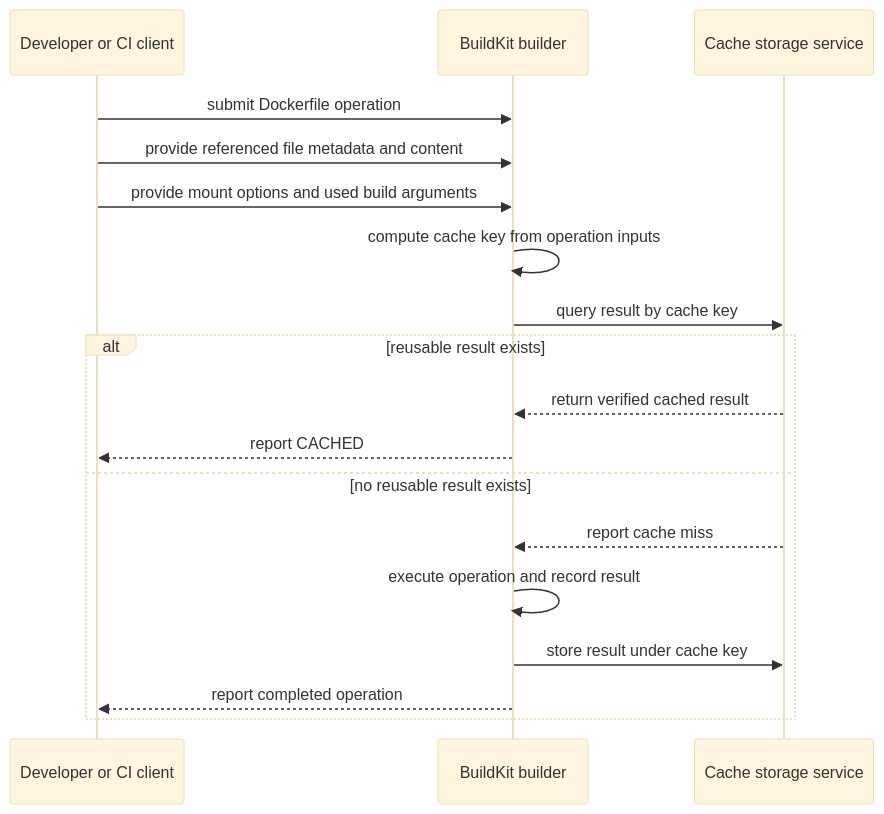
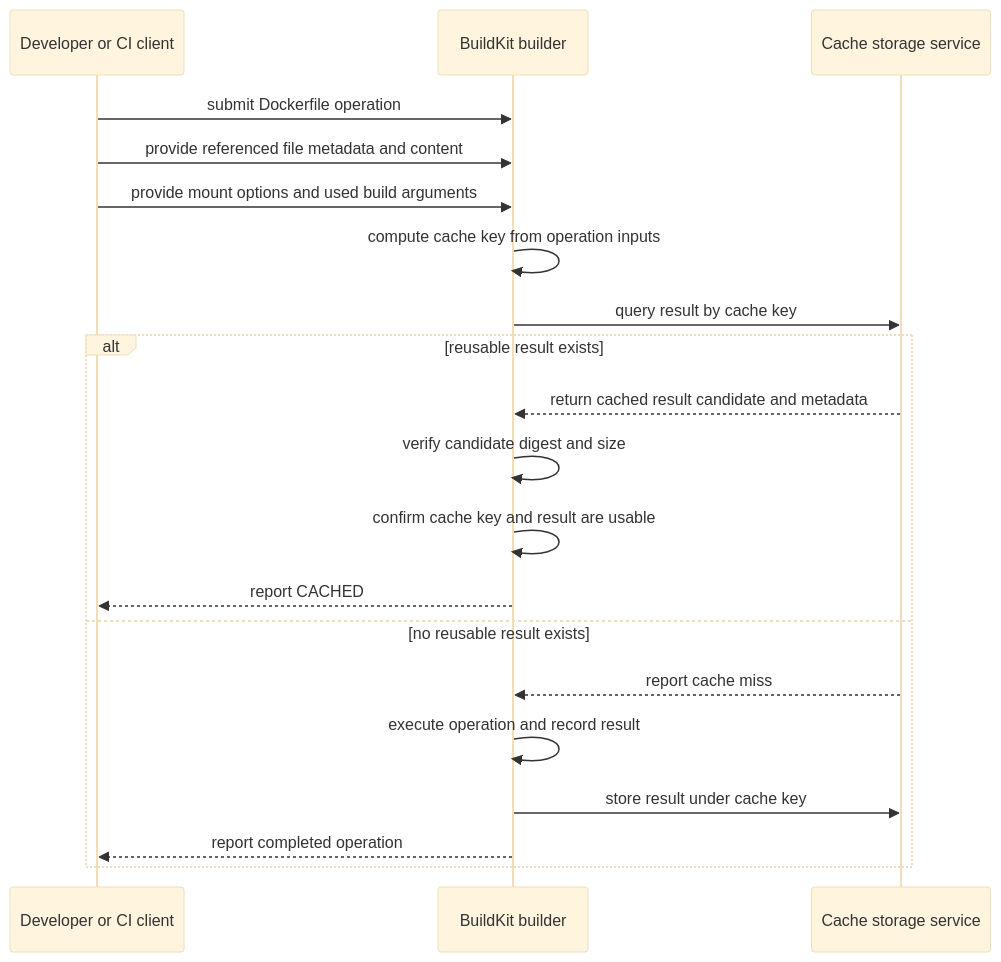
The diagram in docs/docker-oci/build/buildkit-cache.md (liufashi-Mr/cloud-native-docs), drawn with Mermaid (base theme) before and after one commit. The commit also changed other lines of this file and 3 other files, not shown here.

````diff
--- a/docs/docker-oci/build/buildkit-cache.md
+++ b/docs/docker-oci/build/buildkit-cache.md
@@ -9,20 +9,22 @@
 ```mermaid
 sequenceDiagram
   participant DEV as Developer or CI client
   participant BK as BuildKit builder
   participant CS as Cache storage service
   DEV->>BK: submit Dockerfile operation
   DEV->>BK: provide referenced file metadata and content
   DEV->>BK: provide mount options and used build arguments
   BK->>BK: compute cache key from operation inputs
   BK->>CS: query result by cache key
   alt reusable result exists
-    CS-->>BK: return verified cached result
+    CS-->>BK: return cached result candidate and metadata
+    BK->>BK: verify candidate digest and size
+    BK->>BK: confirm cache key and result are usable
     BK-->>DEV: report CACHED
   else no reusable result exists
     CS-->>BK: report cache miss
     BK->>BK: execute operation and record result
     BK->>CS: store result under cache key
     BK-->>DEV: report completed operation
   end
 ```
````
